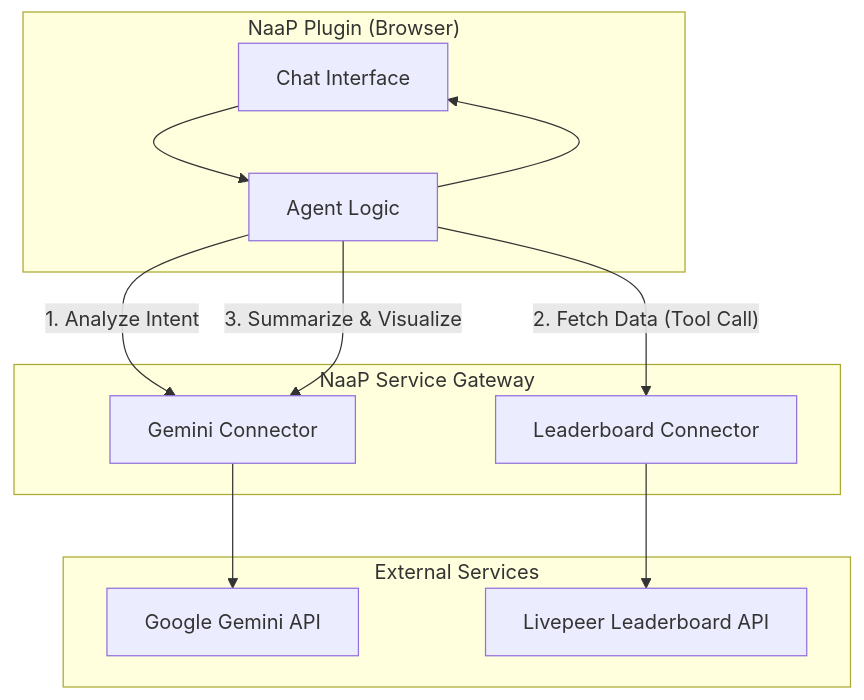
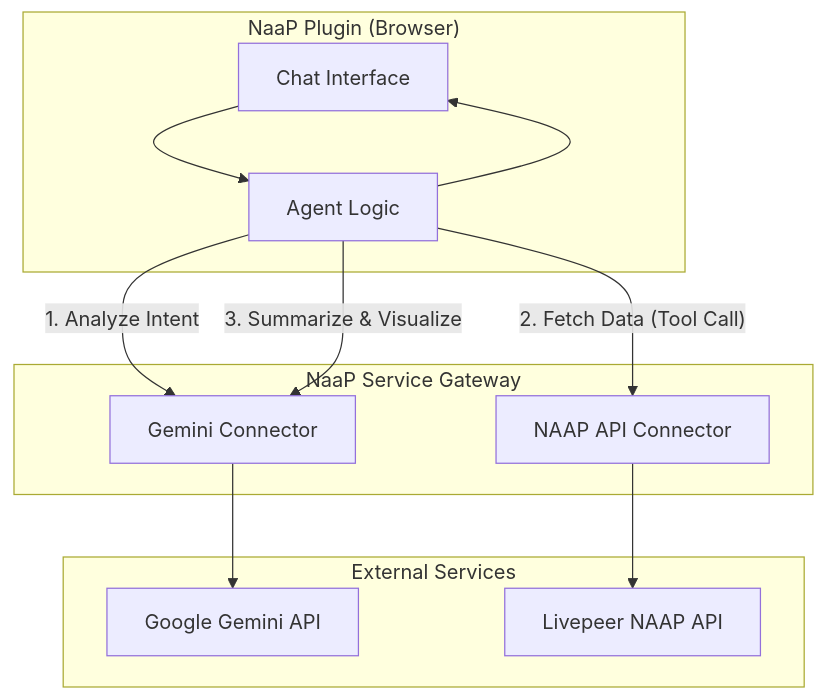
The diagram in docs/tutorial-intelligent-analytics-agent.md (livepeer/naap), drawn with Mermaid before and after one commit. The commit also changed other lines of this file and 46 other files, not shown here.

````diff
--- a/docs/tutorial-intelligent-analytics-agent.md
+++ b/docs/tutorial-intelligent-analytics-agent.md
@@ -13,23 +13,23 @@
 ```mermaid
 graph TD
     subgraph "NaaP Plugin (Browser)"
         UI[Chat Interface]
         Agent[Agent Logic]
     end
 
     subgraph "NaaP Service Gateway"
         GW_Gemini[Gemini Connector]
-        GW_LB[Leaderboard Connector]
+        GW_LB[NAAP API Connector]
     end
 
     subgraph "External Services"
         Gemini[Google Gemini API]
-        LB[Livepeer Leaderboard API]
+        LB[Livepeer NAAP API]
     end
 
     UI --> Agent
     Agent -- "1. Analyze Intent" --> GW_Gemini --> Gemini
     Agent -- "2. Fetch Data (Tool Call)" --> GW_LB --> LB
     Agent -- "3. Summarize & Visualize" --> GW_Gemini
     Agent --> UI
 ```
````
